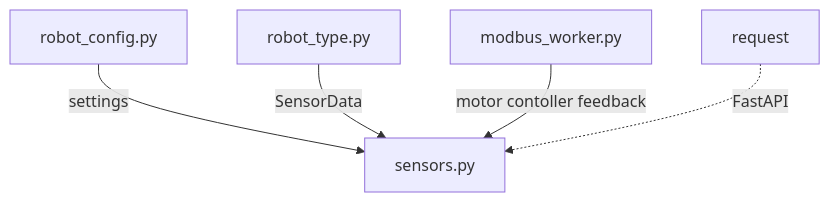
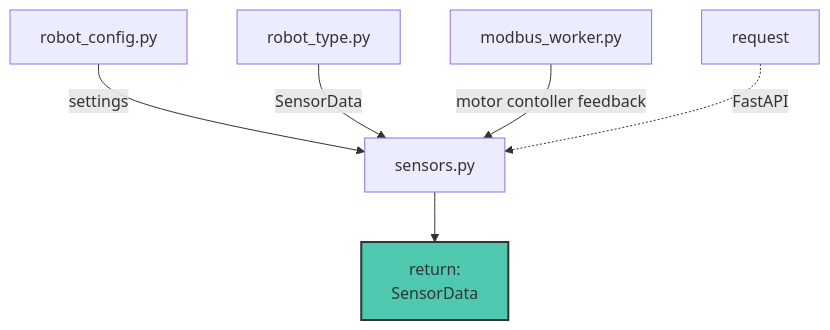
The first of 7 diagrams in docs/sensors.md (TNuppi/Jaska_Automation), drawn with Mermaid before and after one commit. The commit also changed other lines of this file and 2 other files, not shown here.

Commit message:
dokumentointia

````diff
--- a/docs/sensors.md
+++ b/docs/sensors.md
@@ -5,15 +5,19 @@
 ```mermaid
 flowchart TD
 
 sensors["sensors.py"]
 roboconfig["robot_config.py"]
 modbusworker["modbus_worker.py"]
 types["robot_type.py"]
 request["request"]
+data["return: <br/> SensorData"]
 
 roboconfig -->|settings| sensors
 types -->|"SensorData"| sensors
 modbusworker -->|"motor contoller feedback"| sensors
 request -.-> |FastAPI | sensors
+sensors --> data
 
+classDef datastyle fill:#4EC9B0,stroke:#333,stroke-width:2px
+class data datastyle
 ```
````
